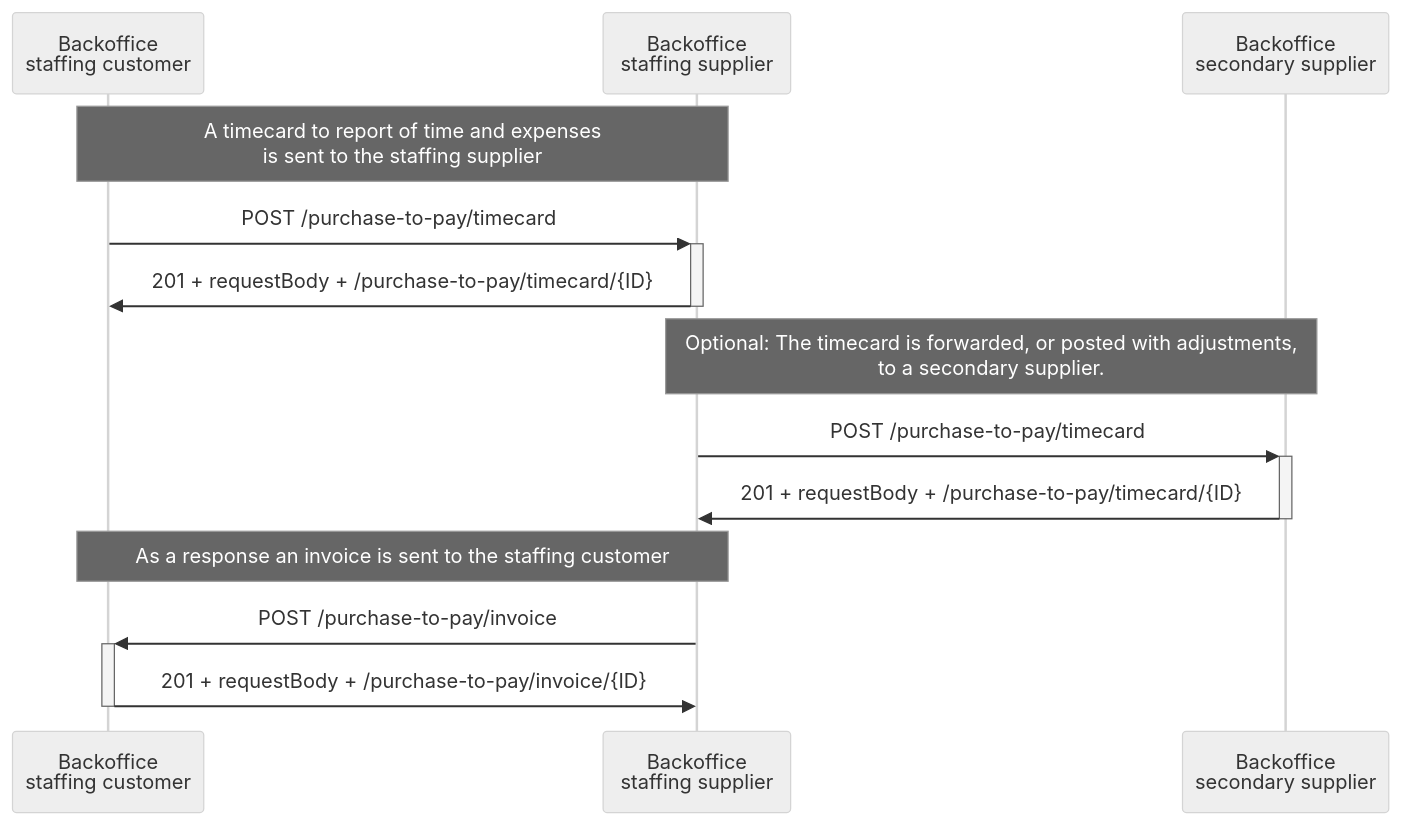
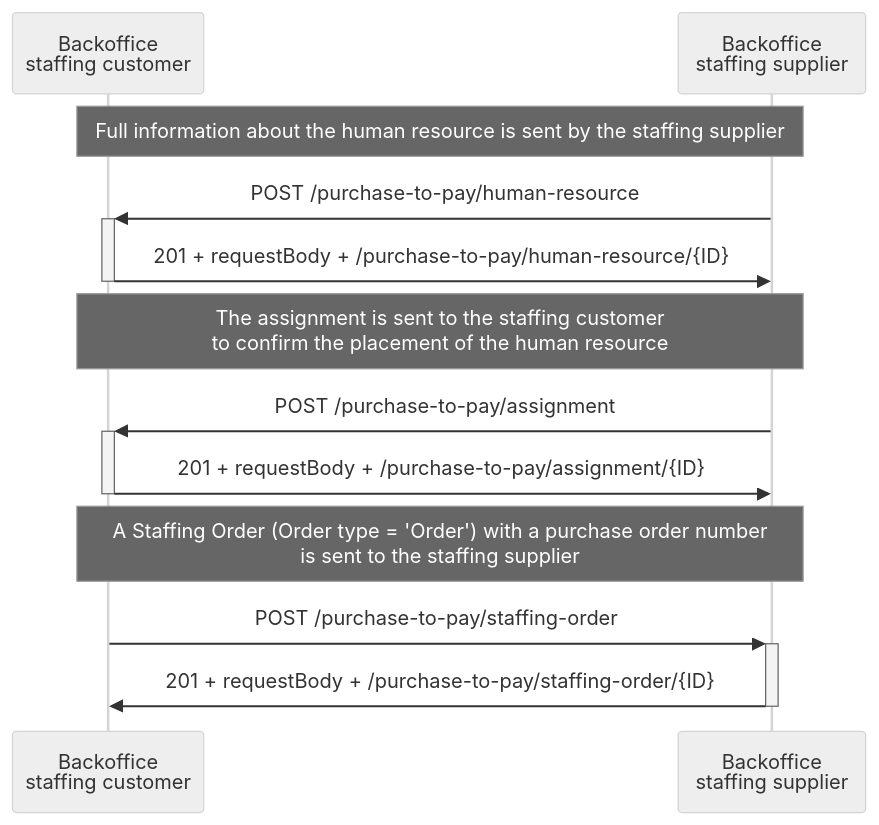
Before and after one commit to setu-standards/documentation: the second of 5 diagrams in app/docs/API Specification/purchase-to-pay/processes.md, drawn with Mermaid (neutral theme). The commit also changed other lines of this file and 1 other file, not shown here.

````diff
--- a/app/docs/API Specification/purchase-to-pay/processes.md
+++ b/app/docs/API Specification/purchase-to-pay/processes.md
@@ -124,19 +127,17 @@
 ```mermaid
 sequenceDiagram
     participant Customer as Backoffice <br/> staffing customer
     participant Supplier as Backoffice <br/> staffing supplier
-    participant Second as Backoffice <br/> secondary supplier
+    
+    Note over Customer,Supplier: Full information about the human resource is sent by the staffing supplier 
+    Supplier ->>+ Customer: POST /purchase-to-pay/human-resource
+    Customer ->>- Supplier: 201 + requestBody + /purchase-to-pay/human-resource/{ID}
 
-    Note over Customer,Supplier: A timecard to report of time and expenses <br/> is sent to the staffing supplier
-    Customer ->>+ Supplier: POST /purchase-to-pay/timecard
-    Supplier ->>- Customer: 201 + requestBody + /purchase-to-pay/timecard/{ID}
+    Note over Customer,Supplier: The assignment is sent to the staffing customer <br/> to confirm the placement of the human resource
+    Supplier ->>+ Customer: POST /purchase-to-pay/assignment
+    Customer ->>- Supplier: 201 + requestBody + /purchase-to-pay/assignment/{ID}
 
-    Note over Supplier, Second: Optional: The timecard is forwarded, or posted with adjustments, <br/> to a secondary supplier.
-    Supplier ->>+ Second: POST /purchase-to-pay/timecard
-    Second ->>- Supplier: 201 + requestBody + /purchase-to-pay/timecard/{ID}
-
-    Note over Customer,Supplier: As a response an invoice is sent to the staffing customer
-    Supplier ->>+ Customer: POST /purchase-to-pay/invoice
-    Customer ->>- Supplier: 201 + requestBody + /purchase-to-pay/invoice/{ID}
-   
+    Note over Customer,Supplier: A Staffing Order (Order type = 'Order') with a purchase order number<br/> is sent to the staffing supplier 
+    Customer ->>+ Supplier: POST /purchase-to-pay/staffing-order
+    Supplier ->>- Customer: 201 + requestBody + /purchase-to-pay/staffing-order/{ID}
 ```
````
